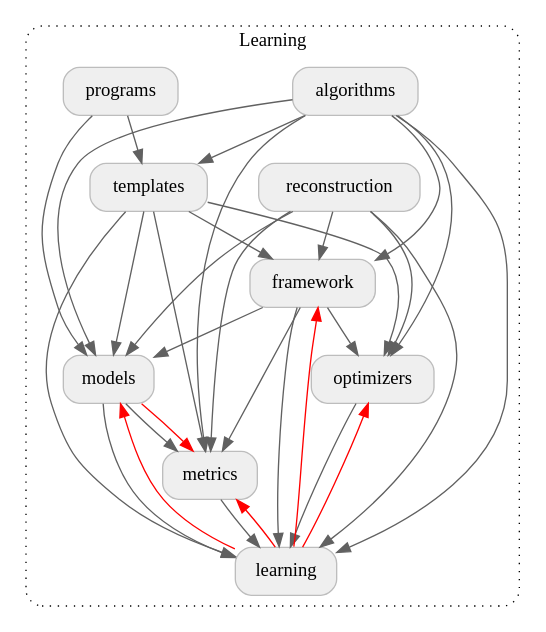
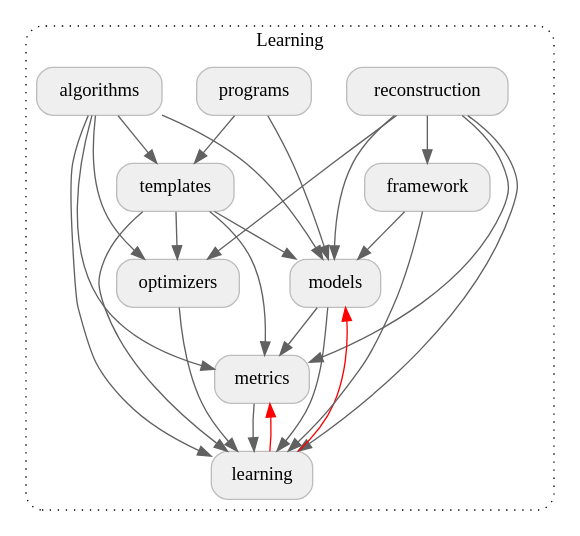
One commit to google-parfait/tensorflow-federated changed the diagram in docs/design/package_structure_learning.dot. Above: the diagram before and after it, drawn with Graphviz. The commit also changed 4 other files, not shown here.

```diff
--- a/docs/design/package_structure_learning.dot
+++ b/docs/design/package_structure_learning.dot
@@ -1,53 +1,46 @@
 digraph {
   graph [style="dotted,rounded"]
   node [shape="box", style="rounded,filled", fillcolor="#efefef", color="#bdbdbd"]
   edge [color="#616161"]
 
   subgraph cluster_learning {
     graph [label="Learning", href="https://github.com/tensorflow/federated/blob/main/tensorflow_federated/python/learning" target="_parent"]
     reconstruction [label="reconstruction", href="https://github.com/tensorflow/federated/blob/main/tensorflow_federated/python/learning/reconstruction" target="_parent"]
     algorithms [label="algorithms", href="https://github.com/tensorflow/federated/blob/main/tensorflow_federated/python/learning/algorithms" target="_parent"]
     programs [label="programs", href="https://github.com/tensorflow/federated/blob/main/tensorflow_federated/python/learning/programs" target="_parent"]
     templates [label="templates", href="https://github.com/tensorflow/federated/blob/main/tensorflow_federated/python/learning/templates" target="_parent"]
     optimizers [label="optimizers", href="https://github.com/tensorflow/federated/blob/main/tensorflow_federated/python/learning/optimizers" target="_parent"]
     models [label="models", href="https://github.com/tensorflow/federated/blob/main/tensorflow_federated/python/learning/models" target="_parent"]
     metrics [label="metrics", href="https://github.com/tensorflow/federated/blob/main/tensorflow_federated/python/learning/metrics" target="_parent"]
     framework [label="framework", href="https://github.com/tensorflow/federated/blob/main/tensorflow_federated/python/learning/framework" target="_parent"]
     learning [href="https://github.com/tensorflow/federated/blob/main/tensorflow_federated/python/learning" target="_parent"]
   }
 
   programs -> templates
   programs -> models
   algorithms -> templates
   algorithms -> metrics
   algorithms -> models
   algorithms -> optimizers
-  algorithms -> framework
   algorithms -> learning
   templates -> optimizers
   templates -> metrics
   templates -> models
-  templates -> framework
   templates -> learning
   reconstruction -> optimizers
   reconstruction -> metrics
   reconstruction -> models
   reconstruction -> framework
   reconstruction -> learning
   models -> metrics
   models -> learning
-  framework -> optimizers
   framework -> learning
-  framework -> metrics
   framework -> models
   optimizers -> learning
   metrics -> learning
 
   // TODO(b/151441025): This visibility is temporary and can be removed once the
   // circular dependencies between `learning` and its subpackages are removed.
-  framework -> learning [dir=back, color="#ff0000"]
-  optimizers -> learning [dir=back, color="#ff0000"]
   metrics -> learning [dir=back, color="#ff0000"]
   models -> learning [dir=back, color="#ff0000"]
-  metrics -> models [dir=back, color="#ff0000"]
 }
```
